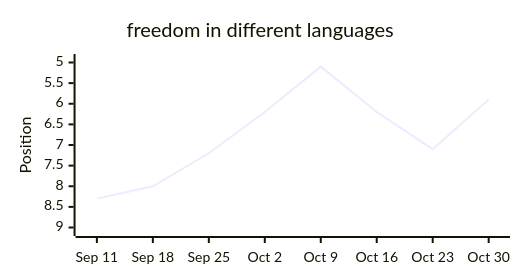
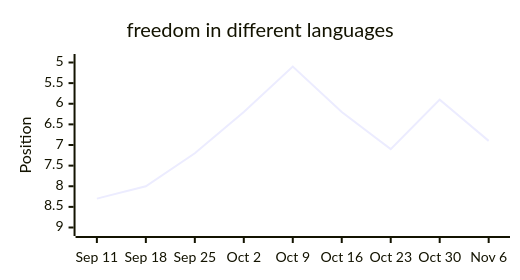
Before and after one commit to langx/website: diagram 11 of 13 in latest.md, drawn with Mermaid. The commit also changed other lines of this file and 2 other files, not shown here.

````diff
--- a/latest.md
+++ b/latest.md
@@ -170,13 +170,13 @@
 ```mermaid
 ---
 config:
   xyChart:
     width: 500
     height: 260
 ---
 xychart-beta
   title "freedom in different languages"
-  x-axis ["Sep 11", "Sep 18", "Sep 25", "Oct 2", "Oct 9", "Oct 16", "Oct 23", "Oct 30"]
+  x-axis ["Sep 11", "Sep 18", "Sep 25", "Oct 2", "Oct 9", "Oct 16", "Oct 23", "Oct 30", "Nov 6"]
   y-axis "Position" 9 --> 5
-  line [8.3, 8, 7.2, 6.2, 5.1, 6.2, 7.1, 5.9]
+  line [8.3, 8, 7.2, 6.2, 5.1, 6.2, 7.1, 5.9, 6.9]
 ```
````
